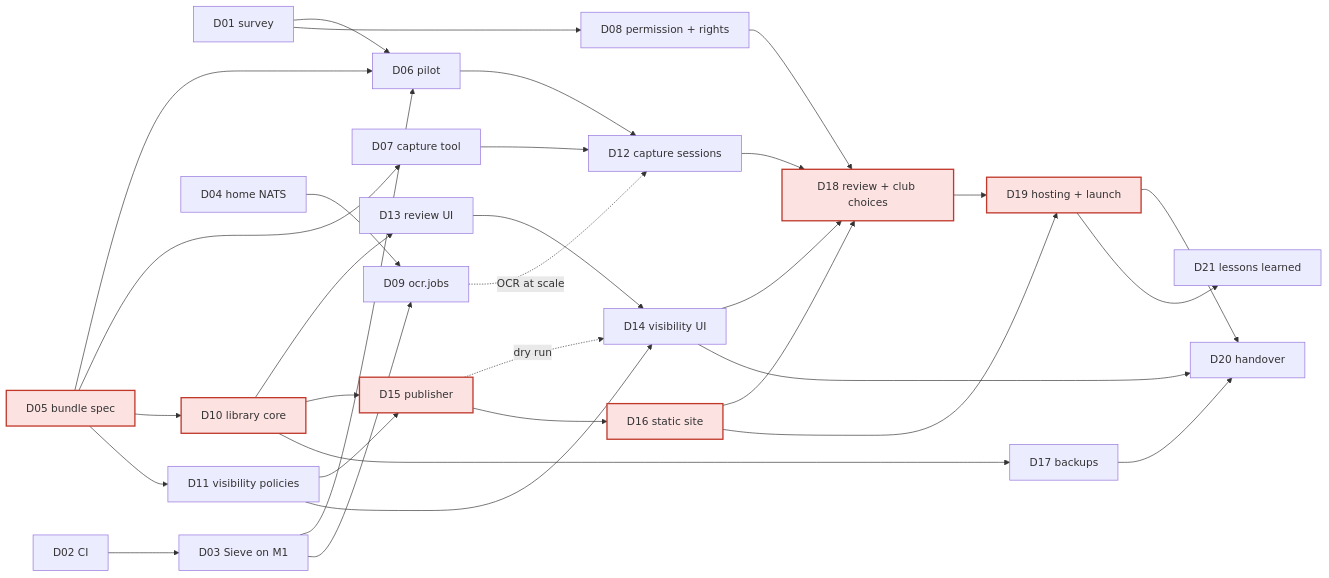
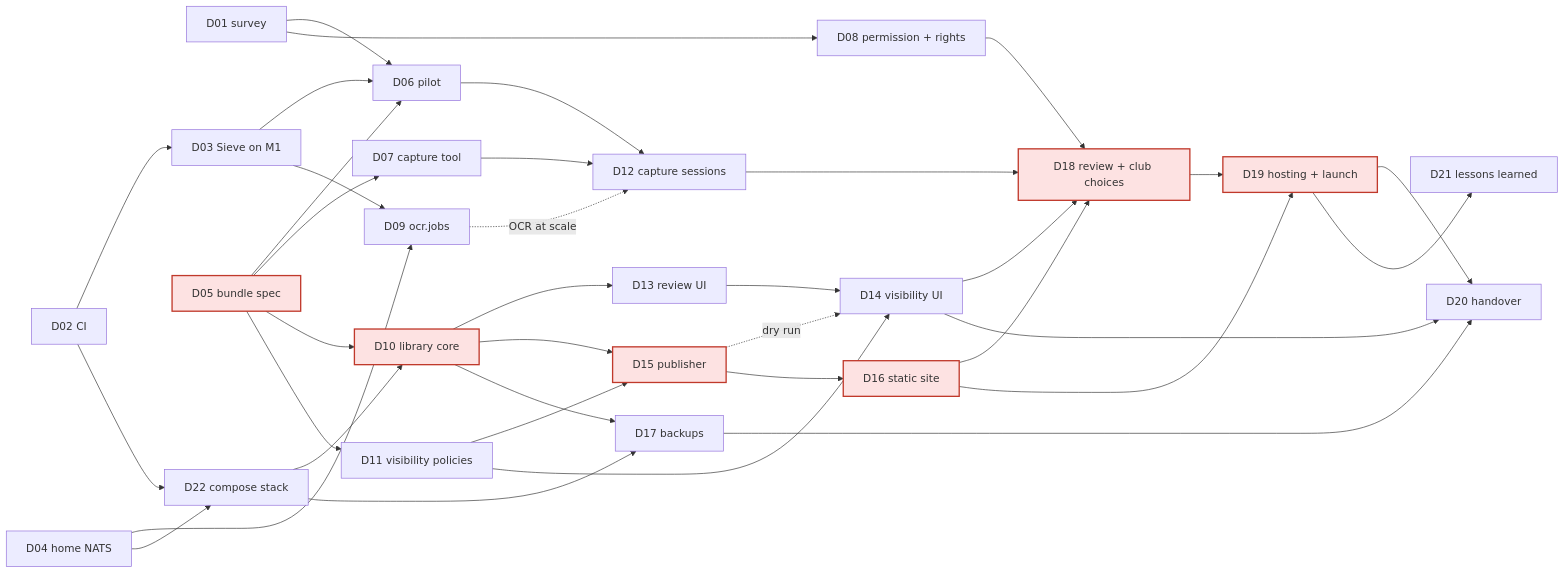
One commit to zacharyelston/athena-at-home changed the diagram in docs/epics/garden-club-archive/README.md. Above: the diagram before and after it, drawn with Mermaid. The commit also changed other lines of this file and 11 other files, not shown here.

First line of the commit message:
ADR 0001: containers first, PostgreSQL per library; D22 compose stack

````diff
--- a/docs/epics/garden-club-archive/README.md
+++ b/docs/epics/garden-club-archive/README.md
@@ -142,37 +148,41 @@
 ```mermaid
 graph LR
   D01[D01 survey] --> D06[D06 pilot]
   D01 --> D08[D08 permission + rights]
   D02[D02 CI] --> D03[D03 Sieve on M1]
   D03 --> D06
   D05[D05 bundle spec] --> D06
   D03 --> D09[D09 ocr.jobs]
   D04[D04 home NATS] --> D09
   D05 --> D07[D07 capture tool]
   D05 --> D10[D10 library core]
   D05 --> D11[D11 visibility policies]
   D06 --> D12[D12 capture sessions]
   D07 --> D12
   D09 -.OCR at scale.-> D12
   D10 --> D13[D13 review UI]
   D10 --> D15[D15 publisher]
   D11 --> D15
   D11 --> D14[D14 visibility UI]
   D13 --> D14
   D15 -.dry run.-> D14
   D15 --> D16[D16 static site]
   D10 --> D17[D17 backups]
+  D02 --> D22[D22 compose stack]
+  D04 --> D22
+  D22 --> D10
+  D22 --> D17
   D08 --> D18[D18 review + club choices]
   D12 --> D18
   D14 --> D18
   D16 --> D18
   D16 --> D19[D19 hosting + launch]
   D18 --> D19
   D14 --> D20[D20 handover]
   D17 --> D20
   D19 --> D20
   D19 --> D21[D21 lessons learned]
 
   classDef crit fill:#fde2e2,stroke:#c0392b,stroke-width:2px;
   class D05,D10,D15,D16,D18,D19 crit;
 ```
````
